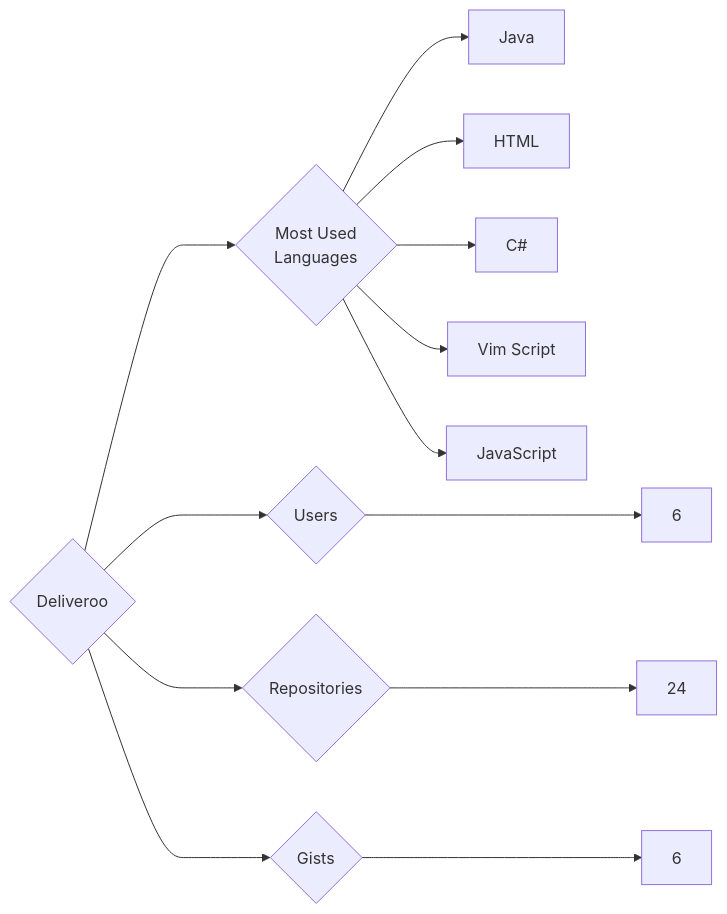
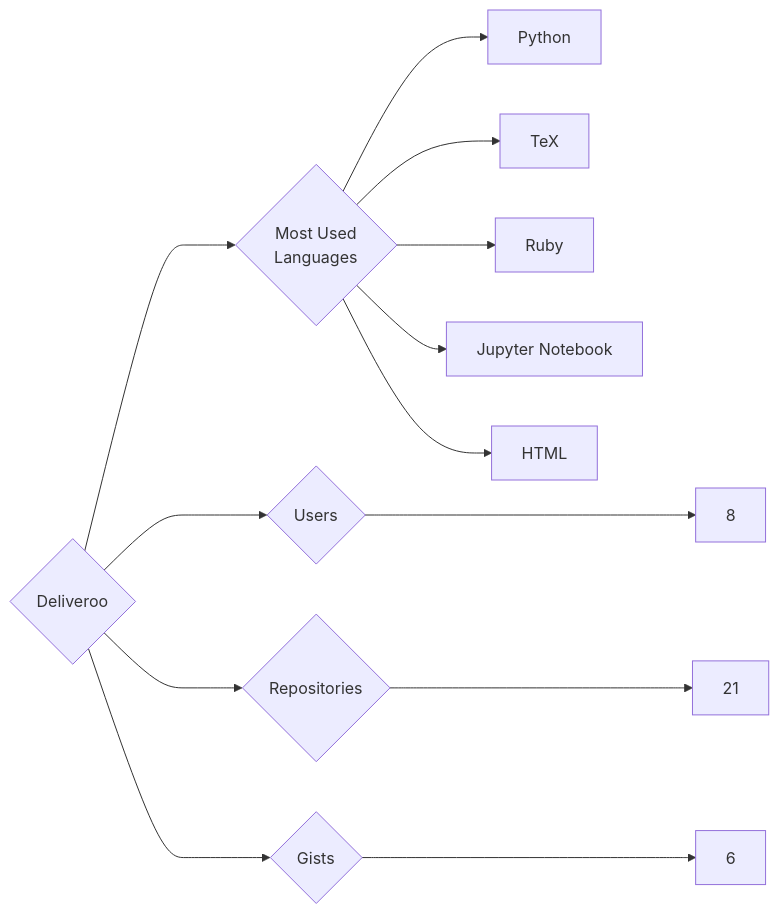
One commit to trickest/insiders changed the diagram in targets/Deliveroo/README.md. Above: the diagram before and after it, drawn with Mermaid. The commit also changed 938 other files, not shown here.

````diff
--- a/targets/Deliveroo/README.md
+++ b/targets/Deliveroo/README.md
@@ -3,13 +3,13 @@
 ```mermaid
 graph LR
 COMPANY_NAME{Deliveroo}
-COMPANY_NAME ---> U{Users} ---> UN[6]
-COMPANY_NAME ---> R{Repositories} ---> RN[24]
+COMPANY_NAME ---> U{Users} ---> UN[8]
+COMPANY_NAME ---> R{Repositories} ---> RN[21]
 COMPANY_NAME ---> G{Gists} ---> GN[6]
 COMPANY_NAME ---> ML{Most Used<br>Languages}
-ML --> Java[Java]
+ML --> Python[Python]
+ML --> TeX[TeX]
+ML --> Ruby[Ruby]
+ML --> Jupyter_Notebook[Jupyter Notebook]
 ML --> HTML[HTML]
-ML --> C#[C#]
-ML --> Vim_Script[Vim Script]
-ML --> JavaScript[JavaScript]
 ```
````
